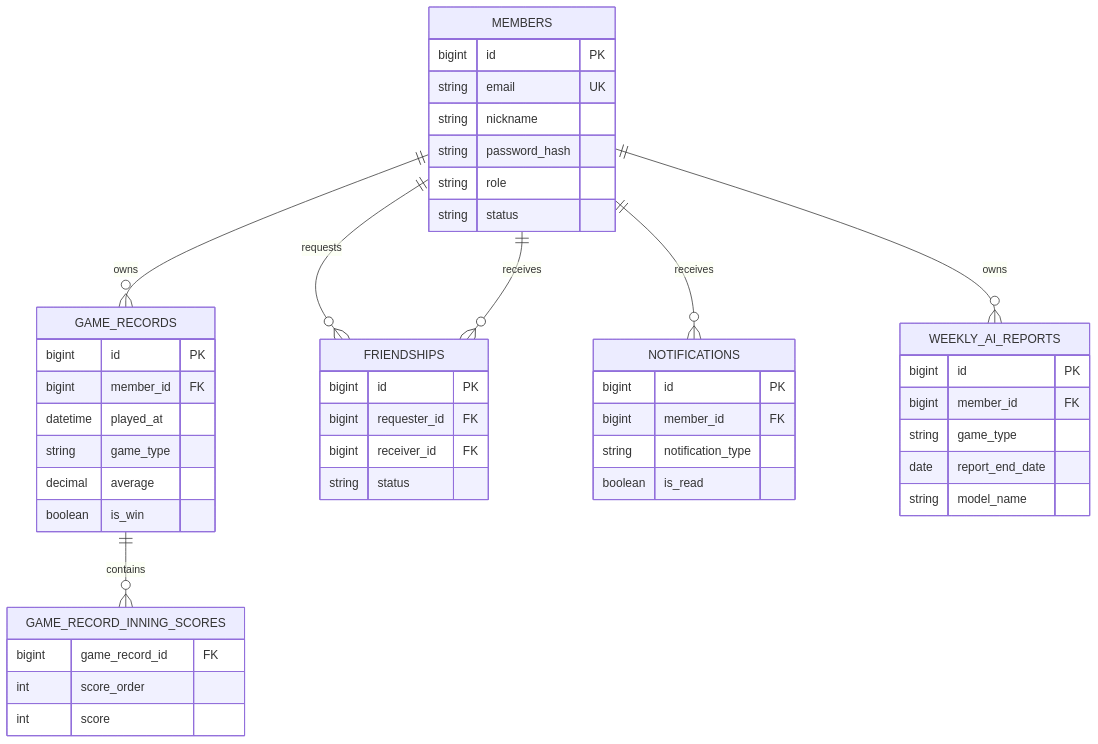
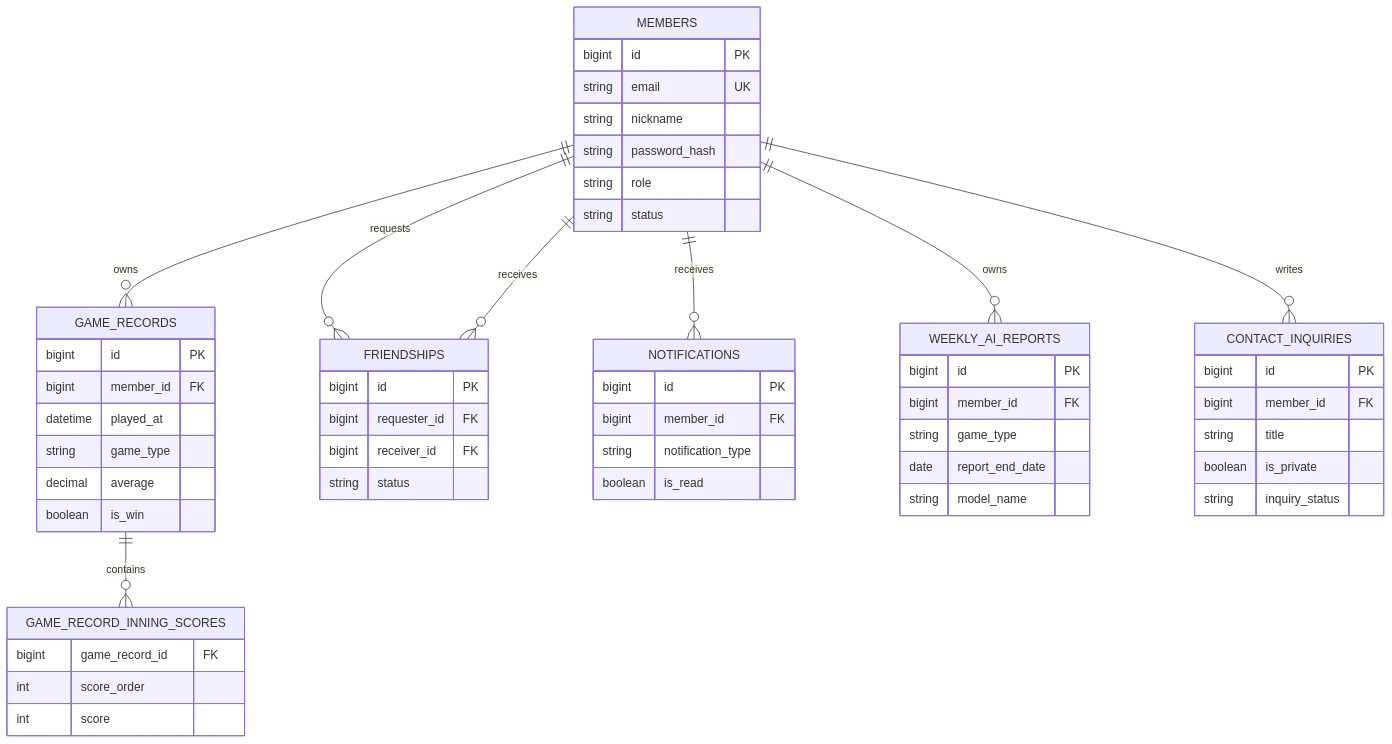
Before and after one commit to kimsesdook/Billiards-Analysis: the second of 2 diagrams in README.md, drawn with Mermaid. The commit also changed other lines of this file and 12 other files, not shown here.

````diff
--- a/README.md
+++ b/README.md
@@ -51,50 +51,58 @@
 ```mermaid
 erDiagram
     MEMBERS ||--o{ GAME_RECORDS : owns
     GAME_RECORDS ||--o{ GAME_RECORD_INNING_SCORES : contains
     MEMBERS ||--o{ FRIENDSHIPS : requests
     MEMBERS ||--o{ FRIENDSHIPS : receives
     MEMBERS ||--o{ NOTIFICATIONS : receives
     MEMBERS ||--o{ WEEKLY_AI_REPORTS : owns
+    MEMBERS ||--o{ CONTACT_INQUIRIES : writes
 
     MEMBERS {
         bigint id PK
         string email UK
         string nickname
         string password_hash
         string role
         string status
     }
     GAME_RECORDS {
         bigint id PK
         bigint member_id FK
         datetime played_at
         string game_type
         decimal average
         boolean is_win
     }
     GAME_RECORD_INNING_SCORES {
         bigint game_record_id FK
         int score_order
         int score
     }
     FRIENDSHIPS {
         bigint id PK
         bigint requester_id FK
         bigint receiver_id FK
         string status
     }
     NOTIFICATIONS {
         bigint id PK
         bigint member_id FK
         string notification_type
         boolean is_read
     }
     WEEKLY_AI_REPORTS {
         bigint id PK
         bigint member_id FK
         string game_type
         date report_end_date
         string model_name
     }
+    CONTACT_INQUIRIES {
+        bigint id PK
+        bigint member_id FK
+        string title
+        boolean is_private
+        string inquiry_status
+    }
 ```
````
